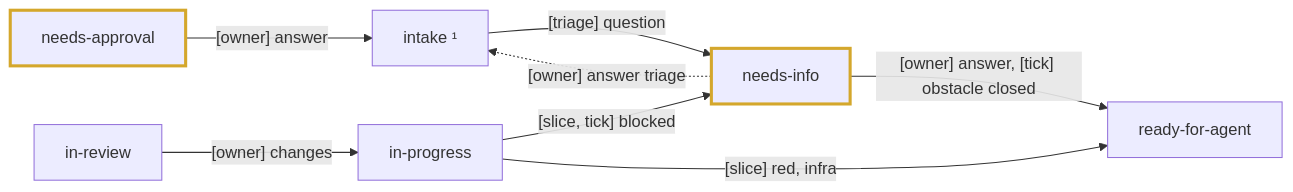
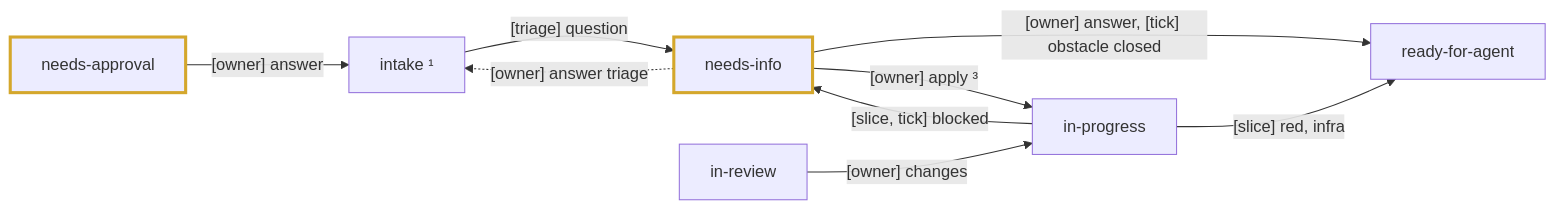
One commit to dvalnn/maestro changed the fifth of 5 diagrams in docs/agents/factory.md. Above: the diagram before and after it, drawn with Mermaid. The commit also changed other lines of this file and 14 other files, not shown here.

````diff
--- a/docs/agents/factory.md
+++ b/docs/agents/factory.md
@@ -178,13 +186,14 @@
 ```mermaid
 flowchart LR
     IN["intake ¹"] -->|"[triage] question"| NI["needs-info"]
     NA["needs-approval"] -->|"[owner] answer"| IN
     IP["in-progress"] -->|"[slice, tick] blocked"| NI
     NI -->|"[owner] answer, [tick] obstacle closed"| RA["ready-for-agent"]
     NI -.->|"[owner] answer triage"| IN
+    NI -->|"[owner] apply ³"| IP
     IP -->|"[slice] red, infra"| RA
     IR["in-review"] -->|"[owner] changes"| IP
 
     classDef owner stroke:#d4a72c,stroke-width:3px
     class NA,NI owner
 ```
````
